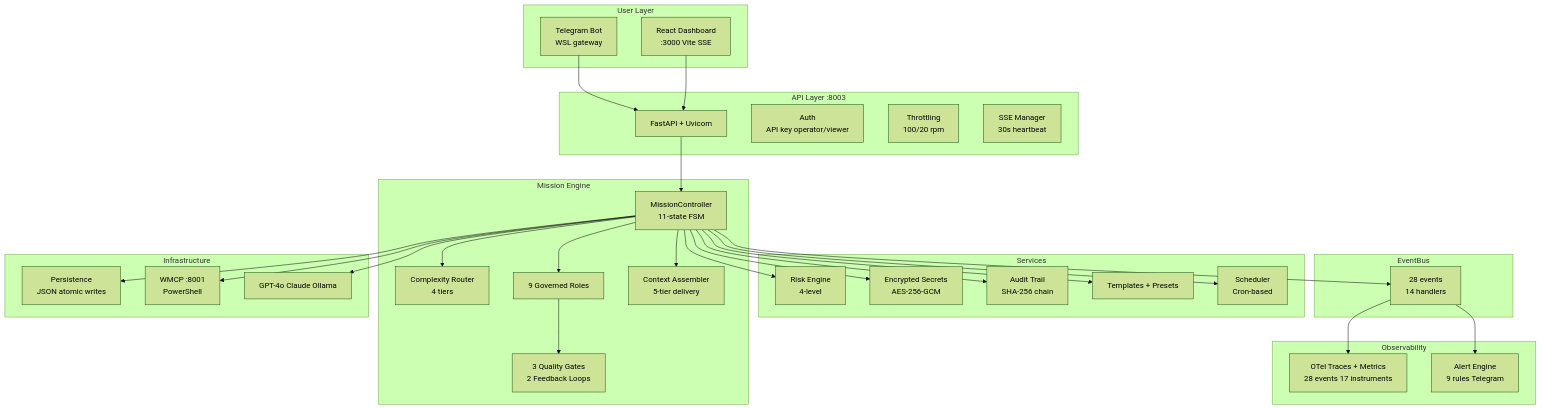
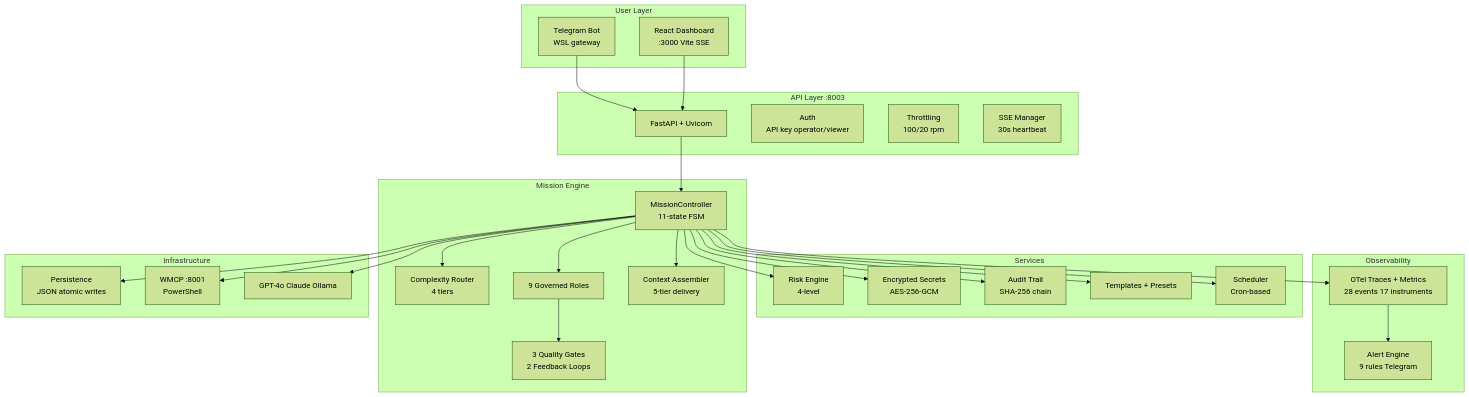
The diagram in README.md (ahmetcagriakca/openclaw-local-agent-runtime), drawn with Mermaid (forest theme) before and after one commit. The commit also changed other lines of this file and 7 other files, not shown here.

````diff
--- a/README.md
+++ b/README.md
@@ -16,64 +18,59 @@
 ```mermaid
 graph TB
     subgraph User["User Layer"]
         TG["Telegram Bot\nWSL gateway"]
         UI["React Dashboard\n:3000 Vite SSE"]
     end
 
     subgraph API["API Layer :8003"]
         FA["FastAPI + Uvicorn"]
         AUTH["Auth\nAPI key operator/viewer"]
         THR["Throttling\n100/20 rpm"]
         SSE["SSE Manager\n30s heartbeat"]
     end
 
     subgraph Engine["Mission Engine"]
         MC["MissionController\n11-state FSM"]
         CR["Complexity Router\n4 tiers"]
         ROLES["9 Governed Roles"]
         GATES["3 Quality Gates\n2 Feedback Loops"]
         CTX["Context Assembler\n5-tier delivery"]
     end
 
     subgraph Services["Services"]
         RISK["Risk Engine\n4-level"]
         SEC["Encrypted Secrets\nAES-256-GCM"]
         AUDIT["Audit Trail\nSHA-256 chain"]
         TMPL["Templates + Presets"]
         SCHED["Scheduler\nCron-based"]
     end
 
-    subgraph Bus["EventBus"]
-        EB["28 events\n14 handlers"]
-    end
-
     subgraph Obs["Observability"]
         OTEL["OTel Traces + Metrics\n28 events 17 instruments"]
         ALERT["Alert Engine\n9 rules Telegram"]
     end
 
     subgraph Infra["Infrastructure"]
         STORE["Persistence\nJSON atomic writes"]
         MCP["WMCP :8001\nPowerShell"]
         LLM["GPT-4o Claude Ollama"]
     end
 
     TG --> FA
     UI --> FA
     FA --> MC
     MC --> CR
     MC --> ROLES
     ROLES --> GATES
     MC --> CTX
     MC --> RISK
     MC --> SEC
     MC --> AUDIT
     MC --> TMPL
     MC --> SCHED
-    MC --> EB
-    EB --> OTEL
-    EB --> ALERT
+    MC --> OTEL
+    OTEL --> ALERT
     MC --> MCP
     MC --> LLM
     MC --> STORE
 ```
````
